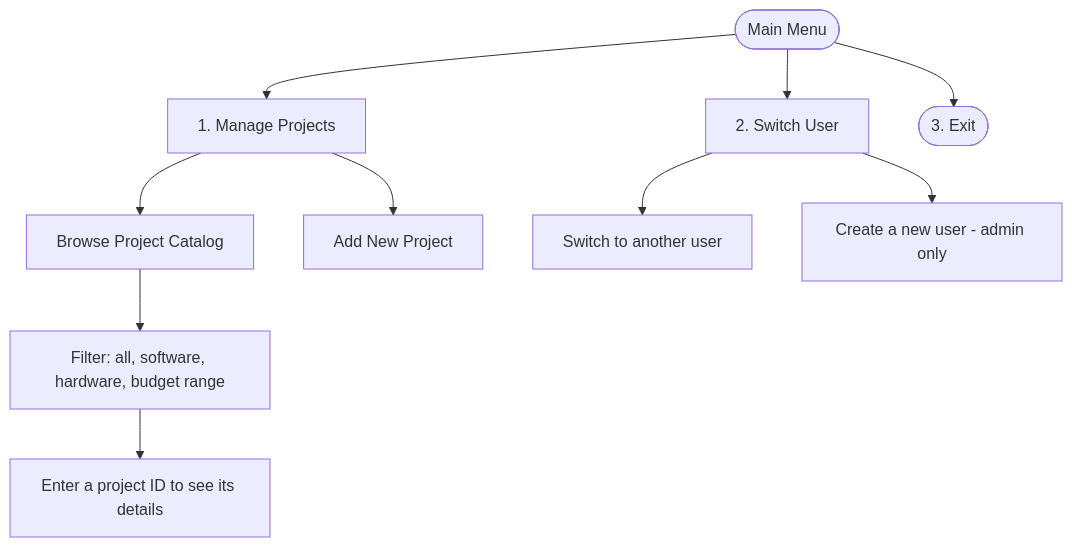
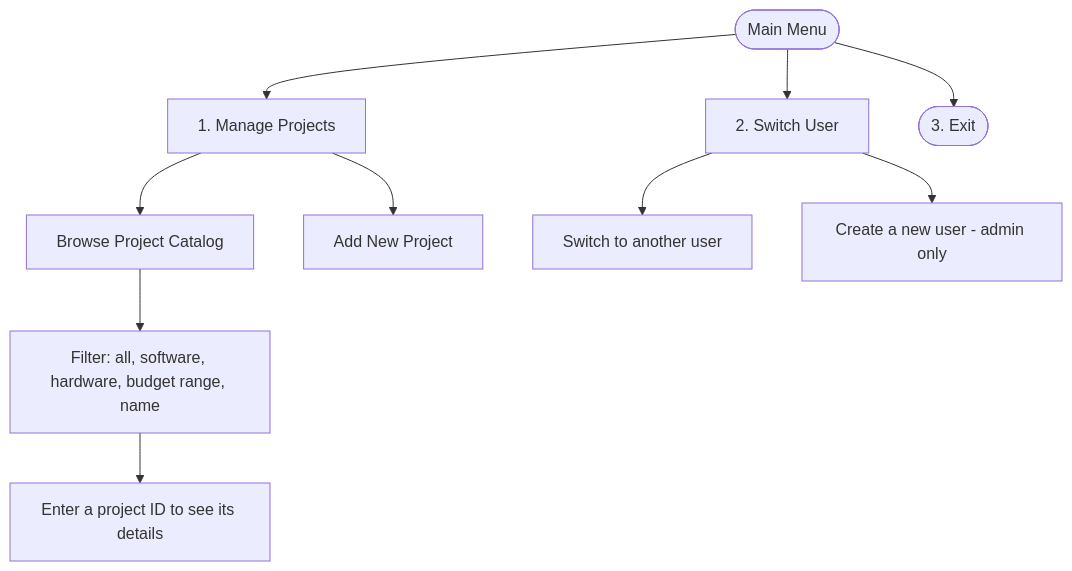
The second of 2 diagrams in README.md (josephus-mupanda/project-management-system-agile-and-devops), drawn with Mermaid before and after one commit. The commit also changed 3 other files, not shown here.

````diff
--- a/README.md
+++ b/README.md
@@ -55,14 +55,14 @@
 ```mermaid
 flowchart TD
     M(["Main Menu"]) --> P["1. Manage Projects"]
     M --> U["2. Switch User"]
     M --> X(["3. Exit"])
 
     P --> P1["Browse Project Catalog"]
     P --> P2["Add New Project"]
-    P1 --> F["Filter: all, software, hardware, budget range"]
+    P1 --> F["Filter: all, software, hardware, budget range, name"]
     F --> D["Enter a project ID to see its details"]
 
     U --> U1["Switch to another user"]
     U --> U2["Create a new user - admin only"]
 ```
````
